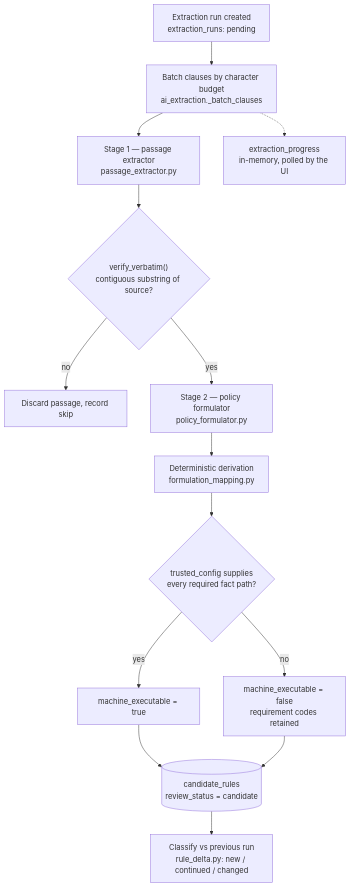
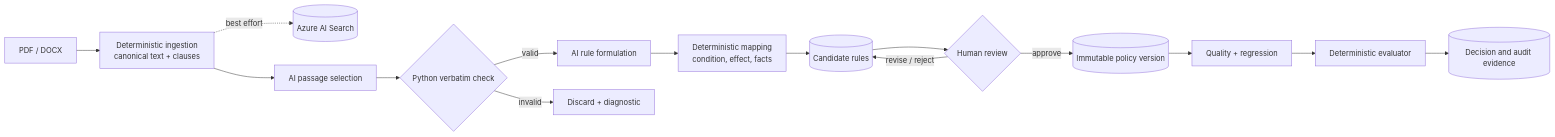
Before and after one commit to taomar/policy-governance-engine: the first of 7 diagrams in docs/capability-flows.md, drawn with Mermaid. The commit also changed other lines of this file and 3 other files, not shown here.

Commit message:
docs: simplify document control flows

````diff
--- a/docs/capability-flows.md
+++ b/docs/capability-flows.md
@@ -141,24 +19,23 @@
 ```mermaid
-flowchart TD
-    Start["Extraction run created<br/>extraction_runs: pending"]
-    Batch["Batch clauses by character budget<br/>ai_extraction._batch_clauses"]
-    S1["Stage 1 — passage extractor<br/>passage_extractor.py"]
-    V{"verify_verbatim()<br/>contiguous substring of source?"}
-    Drop["Discard passage, record skip"]
-    S2["Stage 2 — policy formulator<br/>policy_formulator.py"]
-    Map["Deterministic derivation<br/>formulation_mapping.py"]
-    Exec{"trusted_config supplies<br/>every required fact path?"}
-    MEx["machine_executable = true"]
-    NEx["machine_executable = false<br/>requirement codes retained"]
-    Persist[("candidate_rules<br/>review_status = candidate")]
-    Delta["Classify vs previous run<br/>rule_delta.py: new / continued / changed"]
-    Prog["extraction_progress<br/>in-memory, polled by the UI"]
+flowchart LR
+    File["PDF / DOCX"]
+    Ingest["Deterministic ingestion<br/>canonical text + clauses"]
+    Search[("Azure AI Search")]
+    Passage["AI passage selection"]
+    Verify{"Python verbatim check"}
+    Formulate["AI rule formulation"]
+    Map["Deterministic mapping<br/>condition, effect, facts"]
+    Candidate[("Candidate rules")]
+    Review{"Human review"}
+    Publish[("Immutable policy version")]
+    Tests["Quality + regression"]
+    Engine["Deterministic evaluator"]
+    Log[("Decision and audit evidence")]
 
-    Start --> Batch --> S1 --> V
-    V -- no --> Drop
-    V -- yes --> S2 --> Map --> Exec
-    Exec -- yes --> MEx --> Persist
-    Exec -- no --> NEx --> Persist
-    Persist --> Delta
-    Batch -.-> Prog
+    File --> Ingest --> Passage --> Verify
+    Ingest -. "best effort" .-> Search
+    Verify -- valid --> Formulate --> Map --> Candidate --> Review
+    Verify -- invalid --> Drop["Discard + diagnostic"]
+    Review -- approve --> Publish --> Tests --> Engine --> Log
+    Review -- revise / reject --> Candidate
 ```
````
